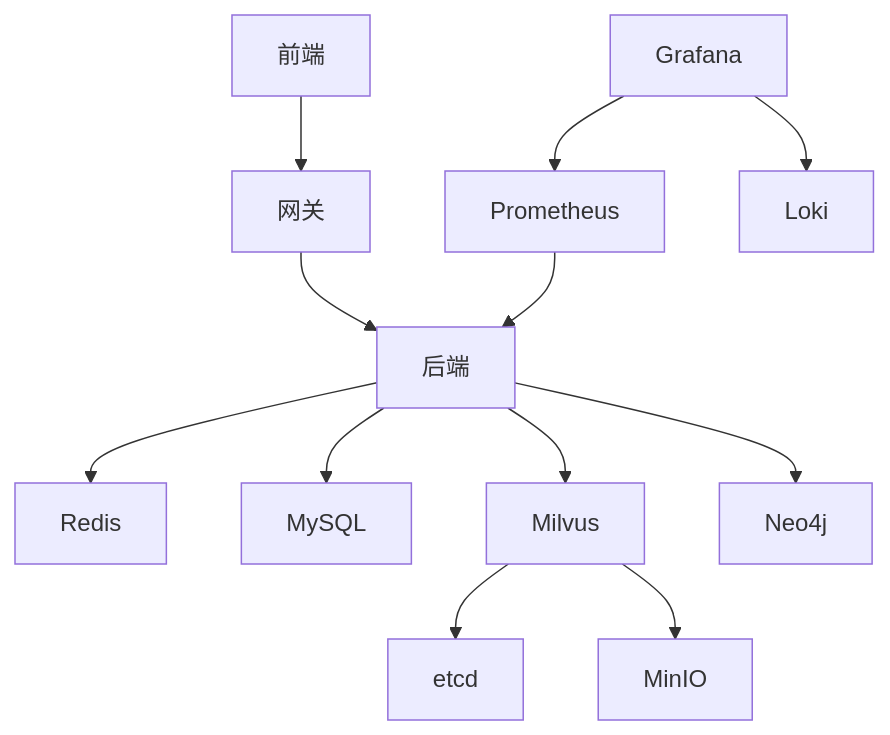
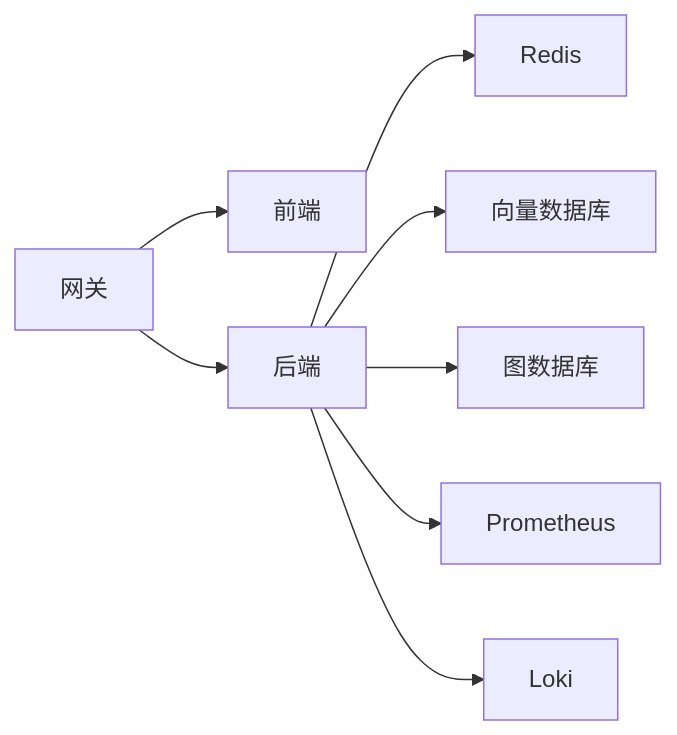
Before and after one commit to zmdhdu/NexusCockpit: the eighth of 8 diagrams in .qoder/repowiki/zh/content/架构设计/部署架构设计.md, drawn with Mermaid. The commit also changed other lines of this file and 535 other files, not shown here.

````diff
--- a/.qoder/repowiki/zh/content/架构设计/部署架构设计.md
+++ b/.qoder/repowiki/zh/content/架构设计/部署架构设计.md
@@ -339,14 +402,10 @@
 ```mermaid
-graph TB
-FE["前端"] --> GW["网关"]
-GW --> PY["后端"]
-PY --> R["Redis"]
-PY --> DB["MySQL"]
-PY --> V["Milvus"]
-PY --> G["Neo4j"]
-V --> E["etcd"]
-V --> O["MinIO"]
-P["Prometheus"] --> PY
-GF["Grafana"] --> P
-GF --> L["Loki"]
+graph LR
+GW["网关"] --> FE["前端"]
+GW --> BE["后端"]
+BE --> REDIS["Redis"]
+BE --> VDB["向量数据库"]
+BE --> GDB["图数据库"]
+BE --> PROM["Prometheus"]
+BE --> LOKI["Loki"]
 ```
````
